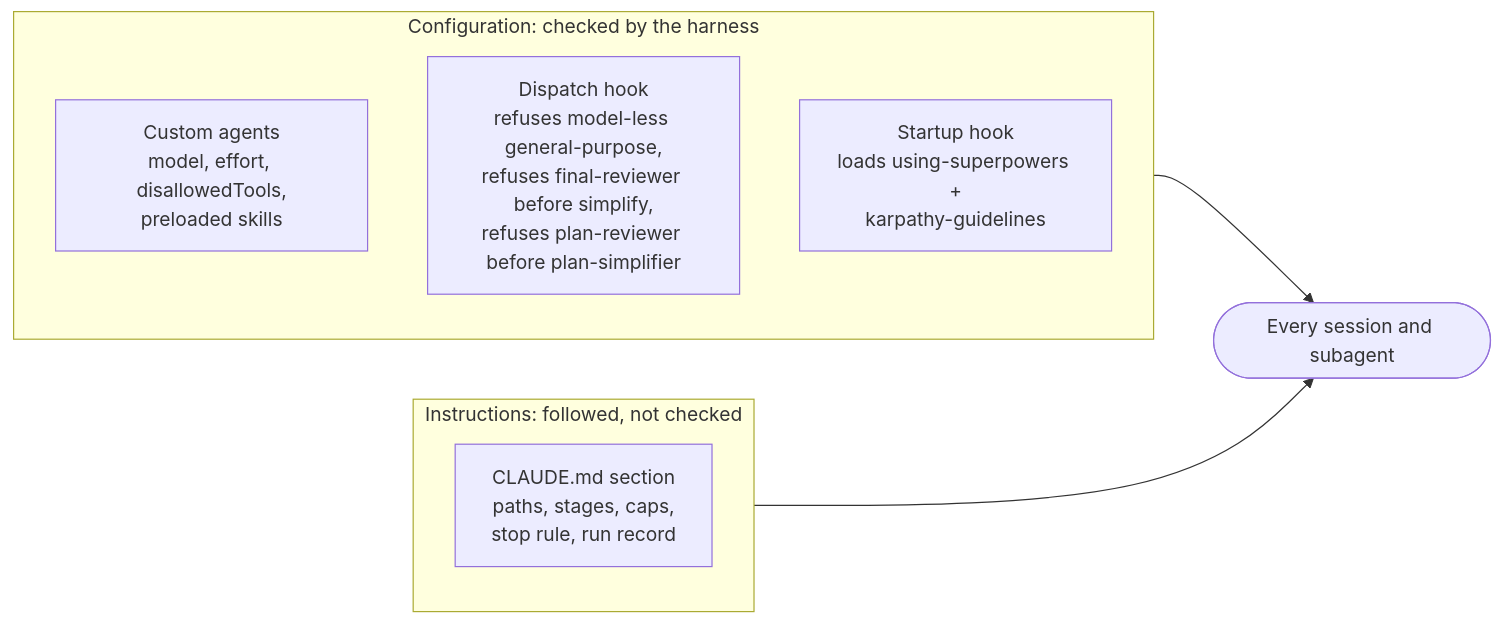
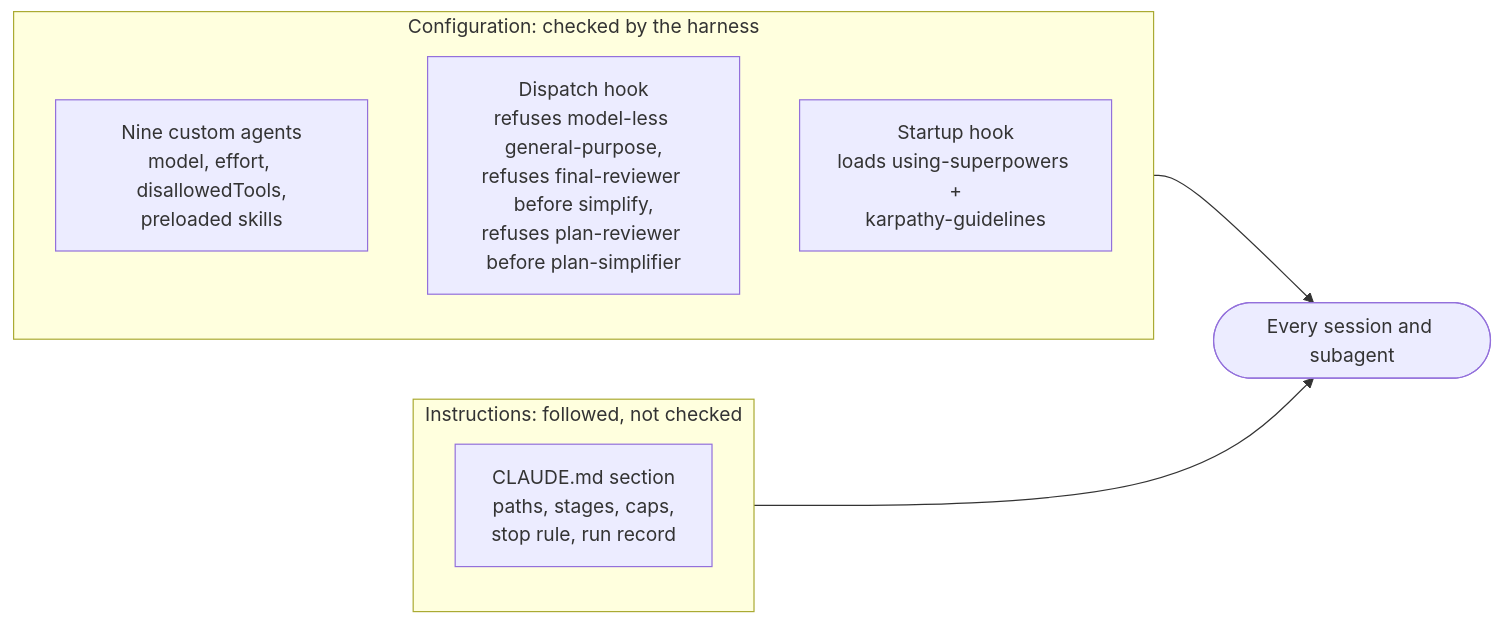
One commit to shoklah/claude-workflow-template changed the fourth of 4 diagrams in README.md. Above: the diagram before and after it, drawn with Mermaid. The commit also changed other lines of this file and 7 other files, not shown here.

````diff
--- a/README.md
+++ b/README.md
@@ -156,13 +157,13 @@
 ```mermaid
 flowchart LR
     subgraph CFG ["Configuration: checked by the harness"]
-        AG["Custom agents<br/>model, effort, disallowedTools,<br/>preloaded skills"]
+        AG["Nine custom agents<br/>model, effort, disallowedTools,<br/>preloaded skills"]
         DH["Dispatch hook<br/>refuses model-less general-purpose,<br/>refuses final-reviewer before simplify,<br/>refuses plan-reviewer before plan-simplifier"]
         SH["Startup hook<br/>loads using-superpowers +<br/>karpathy-guidelines"]
     end
     subgraph INS ["Instructions: followed, not checked"]
         MD["CLAUDE.md section<br/>paths, stages, caps,<br/>stop rule, run record"]
     end
     CFG --> W([Every session and subagent])
     INS --> W
 ```
````
